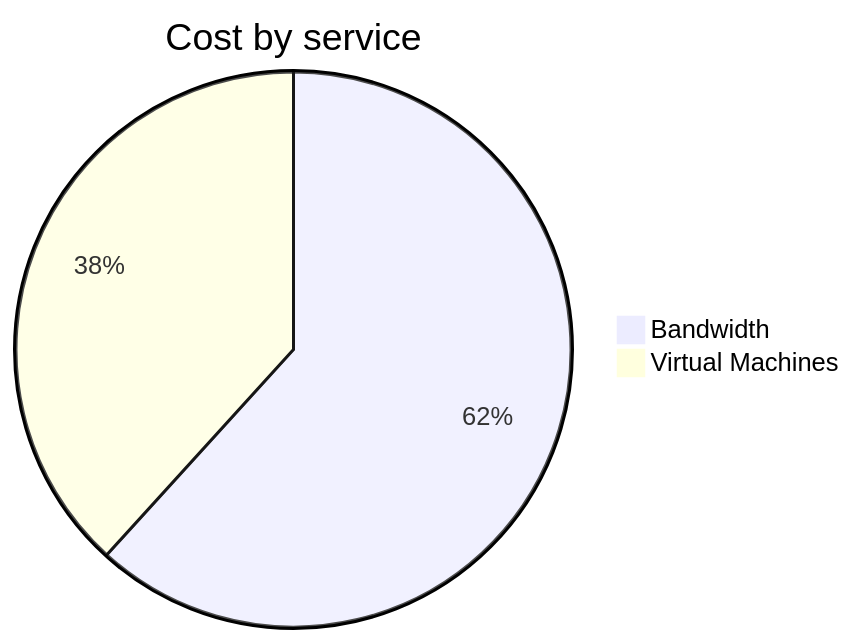
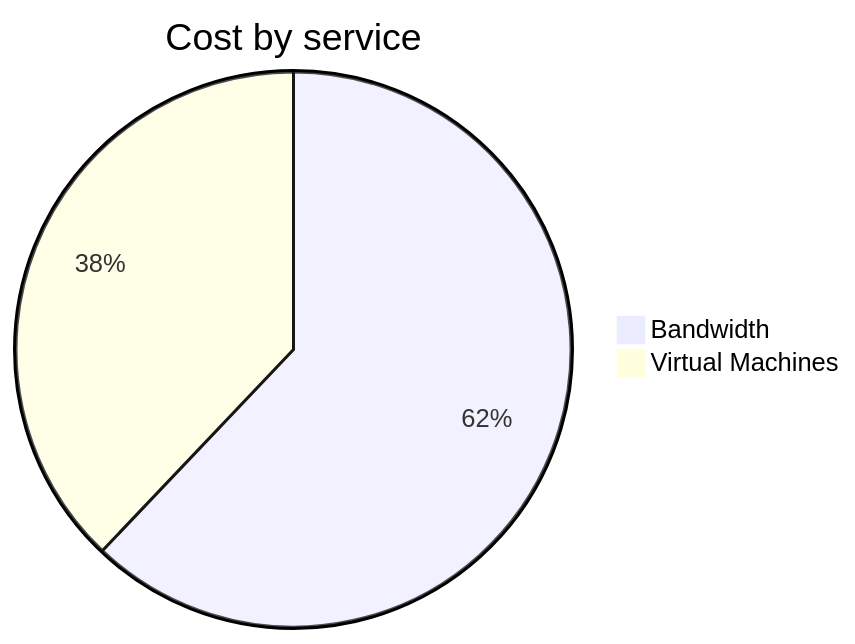
One commit to jpfulton/azure-personal-reports changed the second of 4 diagrams in cost-reports/personal-network/vpn-server.md. Above: the diagram before and after it, drawn with Mermaid. The commit also changed other lines of this file and 9 other files, not shown here.

````diff
--- a/cost-reports/personal-network/vpn-server.md
+++ b/cost-reports/personal-network/vpn-server.md
@@ -66,6 +66,6 @@
 ```mermaid
 pie
    title Cost by service
-   "Bandwidth" : 3.47
-   "Virtual Machines" : 2.15
+   "Bandwidth" : 3.80
+   "Virtual Machines" : 2.32
 ```
````
